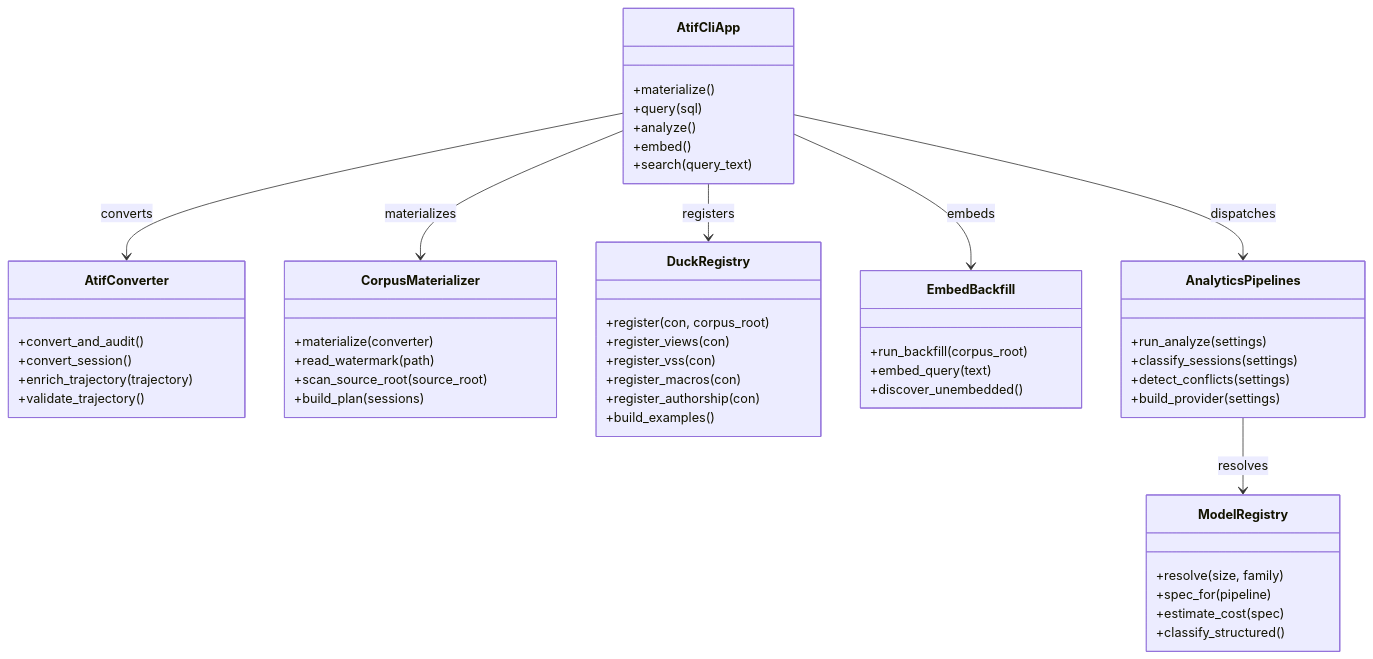
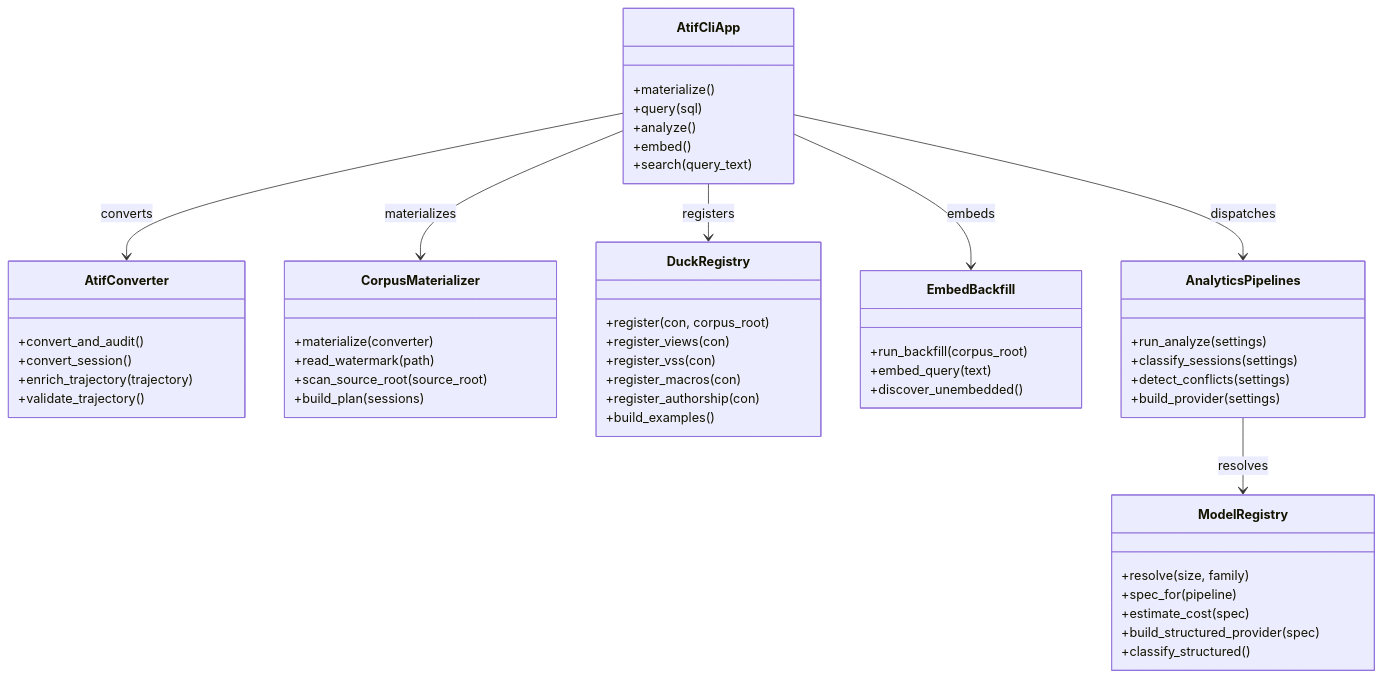
Before and after one commit to laithalsaadoon/atif-sql: the diagram in docs/diagrams/architecture/components.md, drawn with Mermaid. The commit also changed other lines of this file and 20 other files, not shown here.

````diff
--- a/docs/diagrams/architecture/components.md
+++ b/docs/diagrams/architecture/components.md
@@ -3,53 +3,54 @@
 ```mermaid
 classDiagram
     class AtifCliApp {
         +materialize()
         +query(sql)
         +analyze()
         +embed()
         +search(query_text)
     }
     class AtifConverter {
         +convert_and_audit()
         +convert_session()
         +enrich_trajectory(trajectory)
         +validate_trajectory()
     }
     class CorpusMaterializer {
         +materialize(converter)
         +read_watermark(path)
         +scan_source_root(source_root)
         +build_plan(sessions)
     }
     class DuckRegistry {
         +register(con, corpus_root)
         +register_views(con)
         +register_vss(con)
         +register_macros(con)
         +register_authorship(con)
         +build_examples()
     }
     class EmbedBackfill {
         +run_backfill(corpus_root)
         +embed_query(text)
         +discover_unembedded()
     }
     class AnalyticsPipelines {
         +run_analyze(settings)
         +classify_sessions(settings)
         +detect_conflicts(settings)
         +build_provider(settings)
     }
     class ModelRegistry {
         +resolve(size, family)
         +spec_for(pipeline)
         +estimate_cost(spec)
+        +build_structured_provider(spec)
         +classify_structured()
     }
     AtifCliApp --> AtifConverter : converts
     AtifCliApp --> CorpusMaterializer : materializes
     AtifCliApp --> DuckRegistry : registers
     AtifCliApp --> AnalyticsPipelines : dispatches
     AtifCliApp --> EmbedBackfill : embeds
     AnalyticsPipelines --> ModelRegistry : resolves
 ```
````
